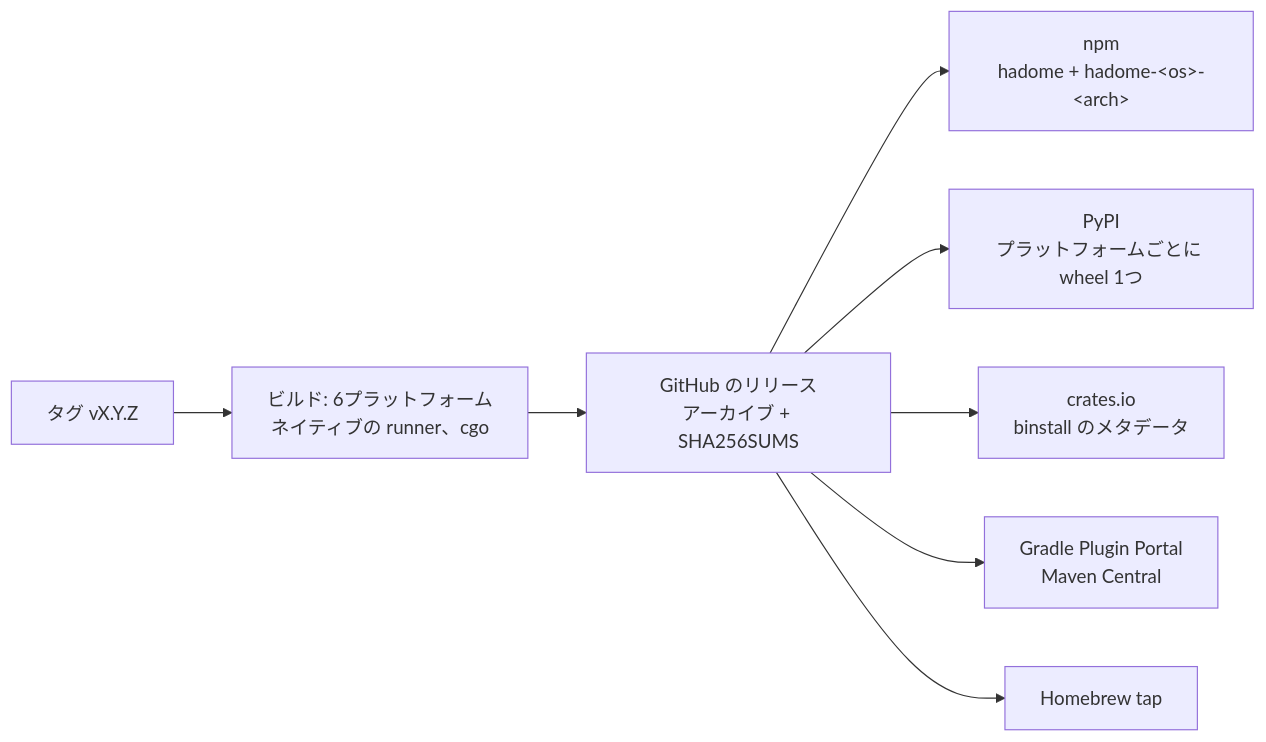
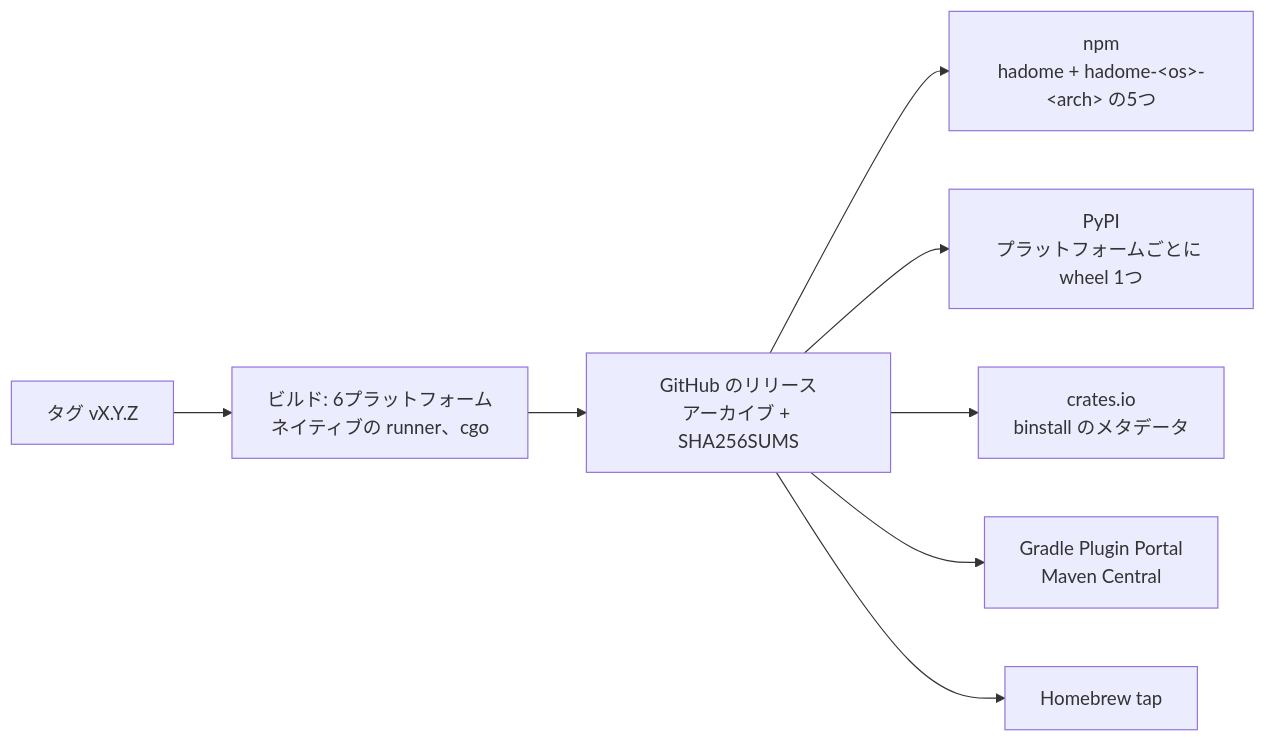
Before and after one commit to rerorets/hadome: the first of 2 diagrams in docs/design/distribution.ja.md, drawn with Mermaid. The commit also changed other lines of this file and 1 other file, not shown here.

Commit message:
The design of the npm packages without a Windows ARM64 package, so Windows ARM64 runs the x86-64 package (#155)

````diff
--- a/docs/design/distribution.ja.md
+++ b/docs/design/distribution.ja.md
@@ -58,10 +58,10 @@
 ```mermaid
 flowchart LR
   T["タグ vX.Y.Z"] --> B["ビルド: 6プラットフォーム<br/>ネイティブの runner、cgo"]
   B --> R["GitHub のリリース<br/>アーカイブ + SHA256SUMS"]
-  R --> N["npm<br/>hadome + hadome-&lt;os&gt;-&lt;arch&gt;"]
+  R --> N["npm<br/>hadome + hadome-&lt;os&gt;-&lt;arch&gt; の5つ"]
   R --> P["PyPI<br/>プラットフォームごとに wheel 1つ"]
   R --> C["crates.io<br/>binstall のメタデータ"]
   R --> J["Gradle Plugin Portal<br/>Maven Central"]
   R --> H["Homebrew tap"]
 ```
````
